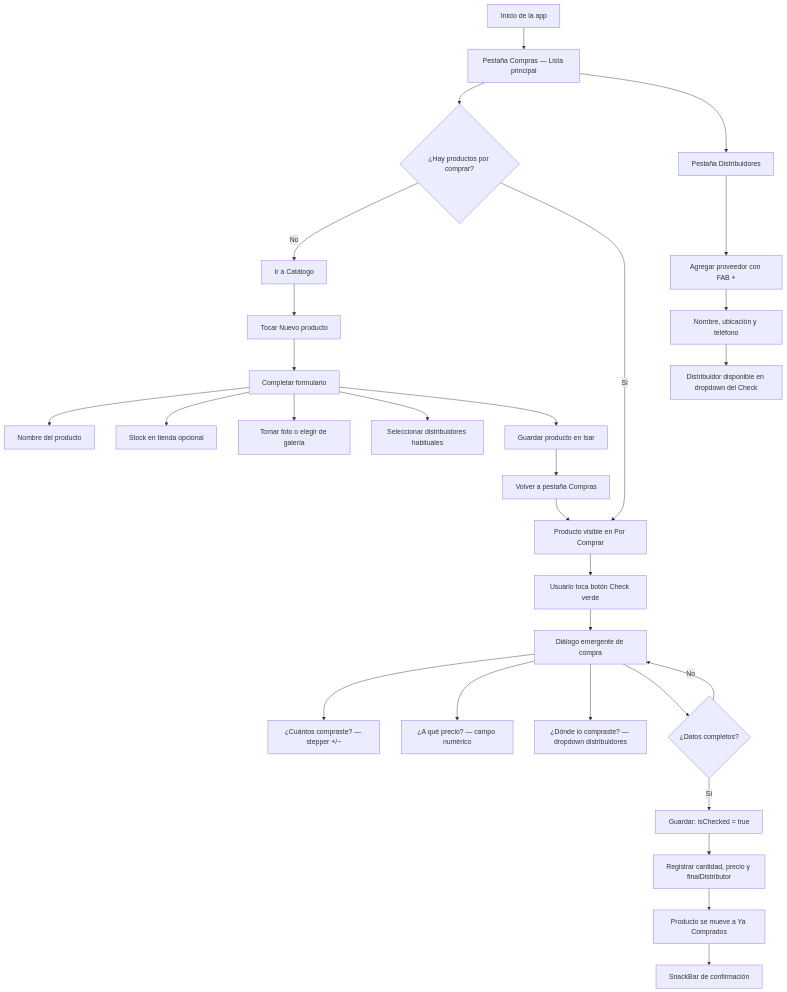
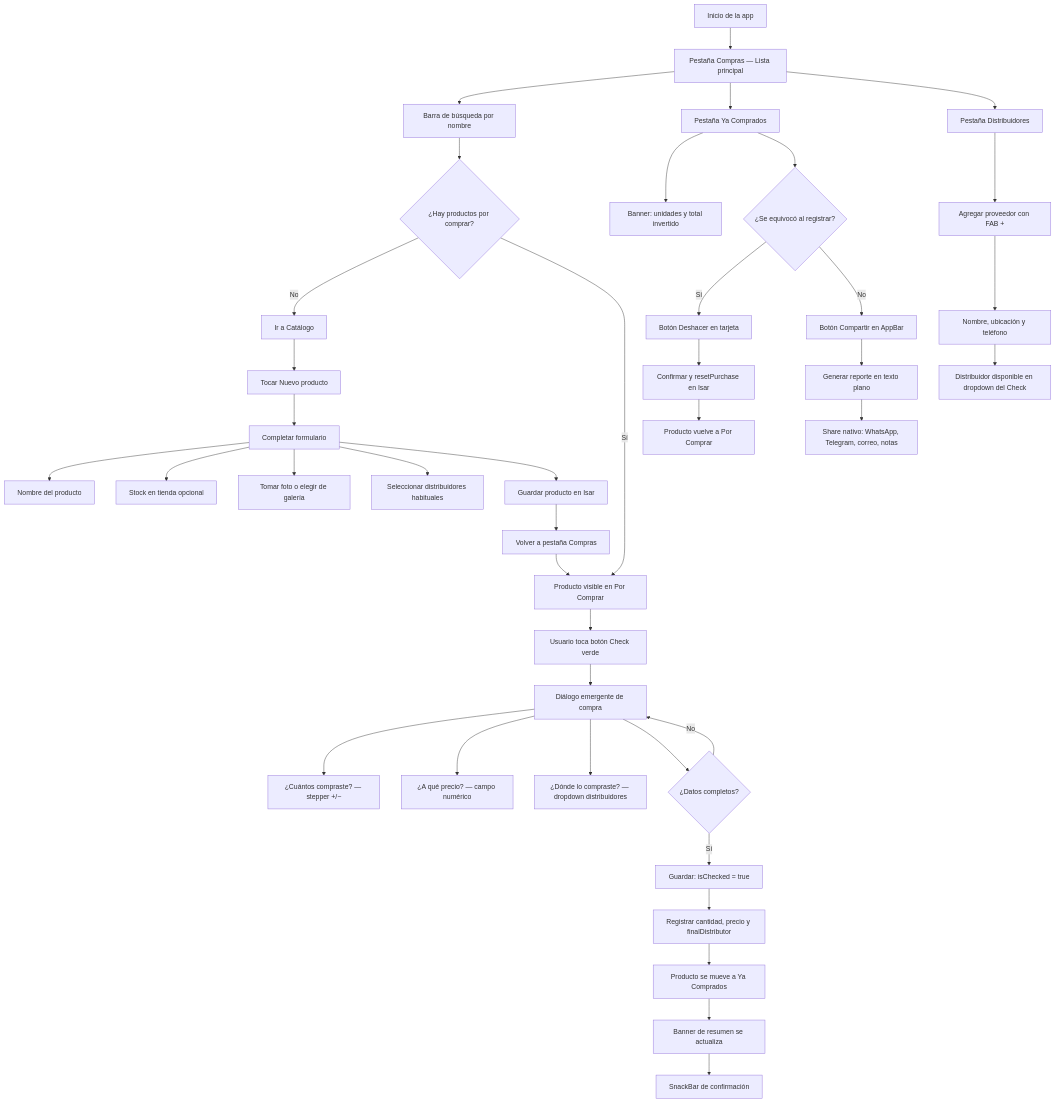
The second of 2 diagrams in README.md (AxelJhostin/Listado_Axel), drawn with Mermaid before and after one commit. The commit also changed other lines of this file and 15 other files, not shown here.

````diff
--- a/README.md
+++ b/README.md
@@ -82,33 +101,45 @@
 ```mermaid
 flowchart TD
     A[Inicio de la app] --> B[Pestaña Compras — Lista principal]
-    B --> C{¿Hay productos por comprar?}
+    B --> B1[Barra de búsqueda por nombre]
+    B1 --> C{¿Hay productos por comprar?}
     C -- No --> D[Ir a Catálogo]
     D --> E[Tocar Nuevo producto]
     E --> F[Completar formulario]
     F --> F1[Nombre del producto]
     F --> F2[Stock en tienda opcional]
     F --> F3[Tomar foto o elegir de galería]
     F --> F4[Seleccionar distribuidores habituales]
     F --> G[Guardar producto en Isar]
     G --> H[Volver a pestaña Compras]
     H --> I[Producto visible en Por Comprar]
 
     C -- Sí --> I
     I --> J[Usuario toca botón Check verde]
     J --> K[Diálogo emergente de compra]
     K --> K1["¿Cuántos compraste? — stepper +/−"]
     K --> K2["¿A qué precio? — campo numérico"]
     K --> K3["¿Dónde lo compraste? — dropdown distribuidores"]
     K --> L{¿Datos completos?}
     L -- No --> K
     L -- Sí --> M[Guardar: isChecked = true]
     M --> N[Registrar cantidad, precio y finalDistributor]
     N --> O[Producto se mueve a Ya Comprados]
-    O --> P[SnackBar de confirmación]
+    O --> P[Banner de resumen se actualiza]
+    P --> Q[SnackBar de confirmación]
 
-    B --> Q[Pestaña Distribuidores]
-    Q --> R[Agregar proveedor con FAB +]
-    R --> S[Nombre, ubicación y teléfono]
-    S --> T[Distribuidor disponible en dropdown del Check]
+    B --> R[Pestaña Ya Comprados]
+    R --> R1[Banner: unidades y total invertido]
+    R --> R2{¿Se equivocó al registrar?}
+    R2 -- Sí --> R3[Botón Deshacer en tarjeta]
+    R3 --> R4[Confirmar y resetPurchase en Isar]
+    R4 --> R5[Producto vuelve a Por Comprar]
+    R2 -- No --> R6[Botón Compartir en AppBar]
+    R6 --> R7[Generar reporte en texto plano]
+    R7 --> R8[Share nativo: WhatsApp, Telegram, correo, notas]
+
+    B --> S[Pestaña Distribuidores]
+    S --> T[Agregar proveedor con FAB +]
+    T --> U[Nombre, ubicación y teléfono]
+    U --> V[Distribuidor disponible en dropdown del Check]
 ```
````
